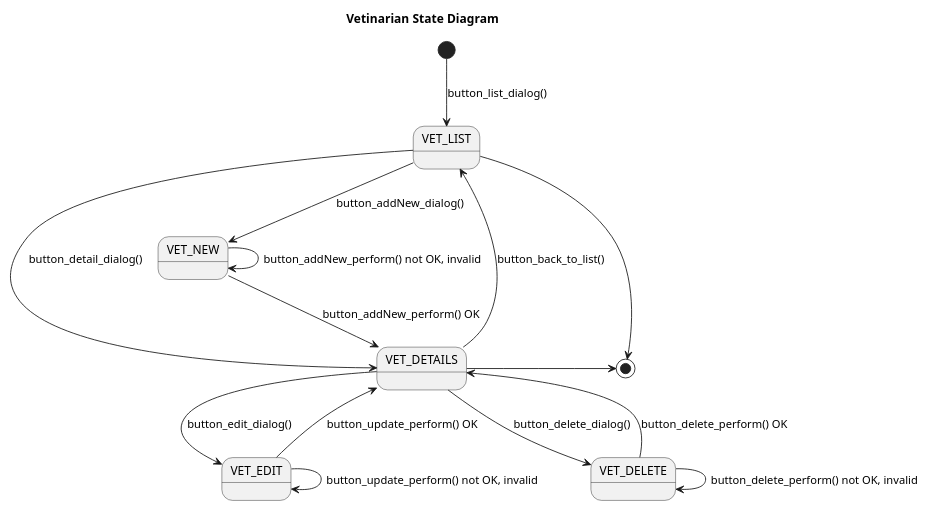
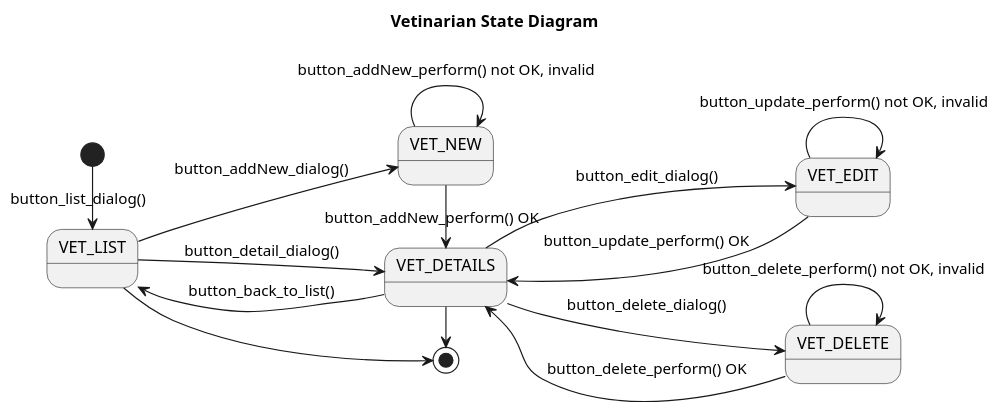
Before and after one commit to Jakarta-EE-Petclinic/petclinic-uml: the diagram in puml/vet/concept/Vet__UseCase__State.puml, drawn with PlantUML. The commit also changed 1 other file, not shown here.

```diff
--- a/puml/vet/concept/Vet__UseCase__State.puml
+++ b/puml/vet/concept/Vet__UseCase__State.puml
@@ -1,38 +1,38 @@
 @startuml
 
 title Vetinarian State Diagram
 
 'https://plantuml.com/state-diagram
 
-' left to right direction
-top to bottom direction
+left to right direction
+'top to bottom direction
 
 scale 1000 width
 
-[*] --> VET_LIST: button_list_dialog()
+[*] -> VET_LIST: button_list_dialog()
 
 VET_LIST --> VET_NEW : button_addNew_dialog()
 state VET_NEW {
     VET_NEW --> VET_NEW : button_addNew_perform() not OK, invalid
 }
-VET_NEW --> VET_DETAILS: button_addNew_perform() OK
+VET_NEW -> VET_DETAILS: button_addNew_perform() OK
 
 VET_LIST --> VET_DETAILS: button_detail_dialog()
 VET_DETAILS --> VET_LIST : button_back_to_list()
 
 VET_DETAILS --> VET_EDIT: button_edit_dialog()
 state VET_EDIT {
     VET_EDIT --> VET_EDIT: button_update_perform() not OK, invalid
 }
 VET_EDIT --> VET_DETAILS: button_update_perform() OK
 
 VET_DETAILS --> VET_DELETE: button_delete_dialog()
 state VET_DELETE {
     VET_DELETE --> VET_DELETE: button_delete_perform() not OK, invalid
 }
 VET_DELETE --> VET_DETAILS: button_delete_perform() OK
 
 VET_LIST -> [*]
 VET_DETAILS -> [*]
 
 @enduml
```
